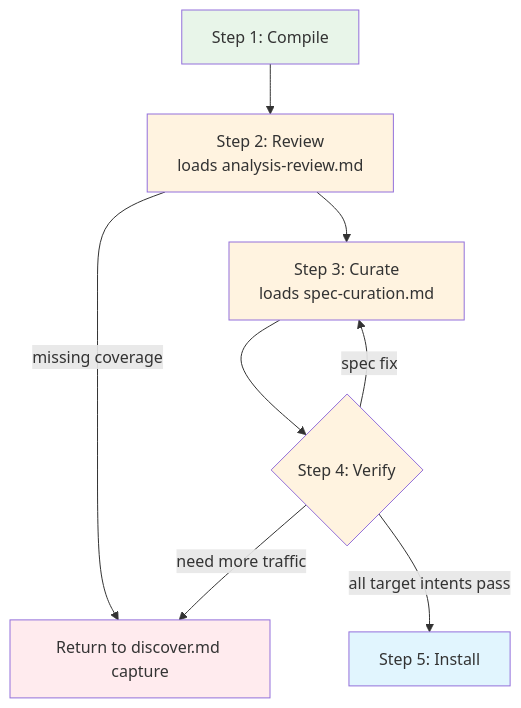
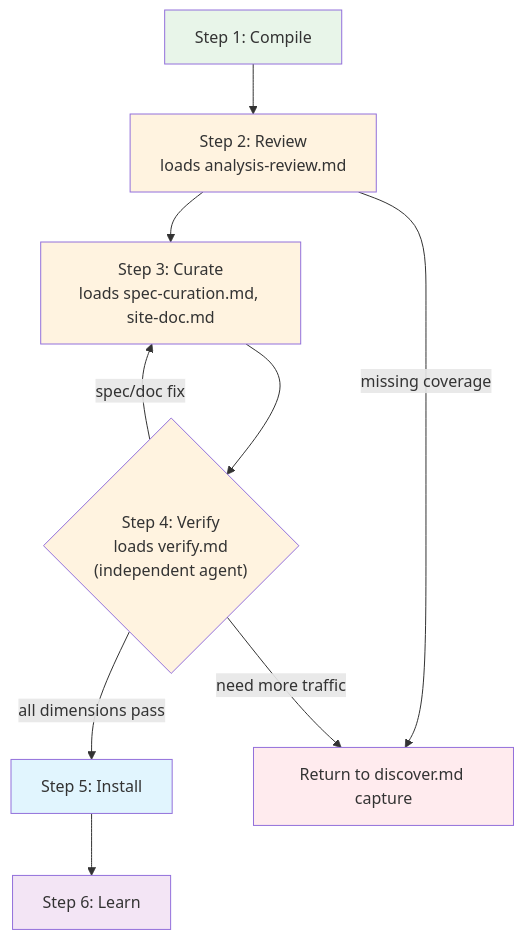
One commit to openweb-org/openweb changed the diagram in skill/openweb/references/compile.md. Above: the diagram before and after it, drawn with Mermaid. The commit also changed other lines of this file and 8 other files, not shown here.

````diff
--- a/skill/openweb/references/compile.md
+++ b/skill/openweb/references/compile.md
@@ -33,22 +14,24 @@
 ```mermaid
 flowchart TD
     C1["Step 1: Compile"]
     C2["Step 2: Review<br/>loads analysis-review.md"]
-    C3["Step 3: Curate<br/>loads spec-curation.md"]
-    C4{"Step 4: Verify"}
+    C3["Step 3: Curate<br/>loads spec-curation.md, site-doc.md"]
+    C4{"Step 4: Verify<br/>loads verify.md<br/>(independent agent)"}
     C5["Step 5: Install"]
+    C6["Step 6: Learn"]
     BACK["Return to discover.md capture"]
 
     C1 --> C2 --> C3 --> C4
     C2 -->|missing coverage| BACK
-    C4 -->|spec fix| C3
+    C4 -->|spec/doc fix| C3
     C4 -->|need more traffic| BACK
-    C4 -->|all target intents pass| C5
+    C4 -->|all dimensions pass| C5 --> C6
 
     style C1 fill:#e8f5e9
     style C2 fill:#fff3e0
     style C3 fill:#fff3e0
     style C4 fill:#fff3e0
     style C5 fill:#e1f5fe
+    style C6 fill:#f3e5f5
     style BACK fill:#ffebee
 ```
````
